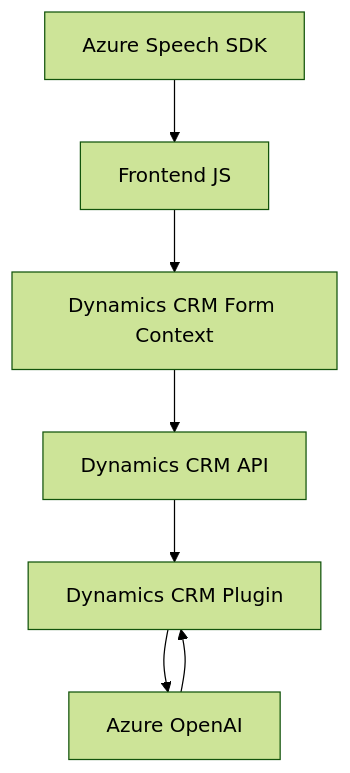
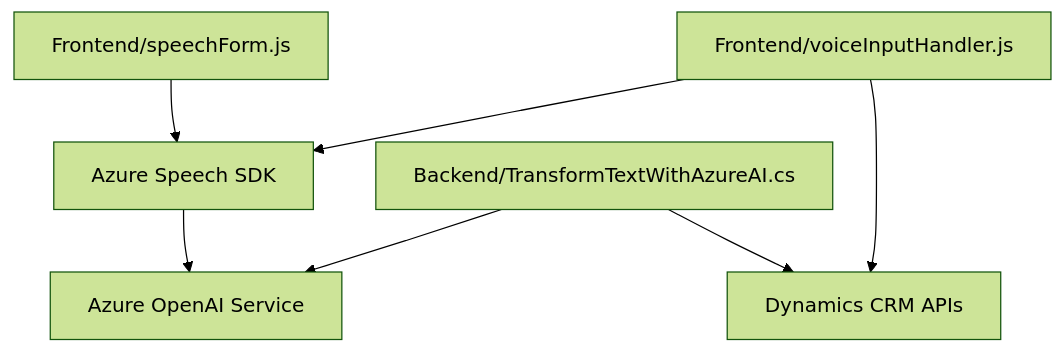
Before and after one commit to blopezdm/NETCORE_BILBAO2025: the diagram in README.md, drawn with Mermaid (forest theme). The commit also changed other lines of this file, not shown here.

````diff
--- a/README.md
+++ b/README.md
@@ -42,9 +49,16 @@
 ```mermaid
 graph TD
-    A["Azure Speech SDK"] --> B["Frontend JS"]
-    B --> C["Dynamics CRM Form Context"]
-    C --> D["Dynamics CRM API"]
-    D --> E["Dynamics CRM Plugin"]
-    E --> F["Azure OpenAI"]
-    F --> E
+    A["Frontend/voiceInputHandler.js"]
+    B["Frontend/speechForm.js"]
+    C["Backend/TransformTextWithAzureAI.cs"]
+    D["Azure Speech SDK"]
+    E["Azure OpenAI Service"]
+    F["Dynamics CRM APIs"]
+
+    A --> D
+    A --> F
+    B --> D
+    C --> E
+    C --> F
+    D --> E
 ```
````
